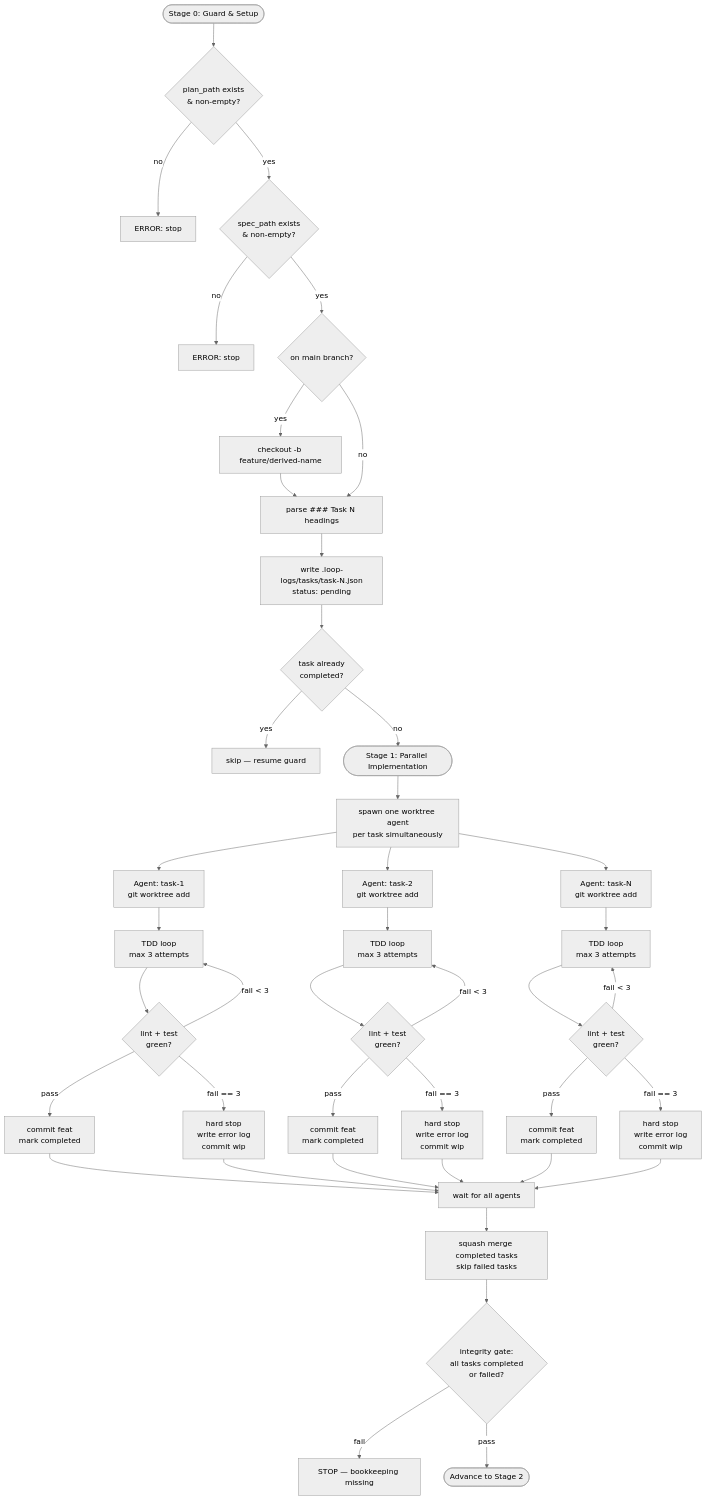
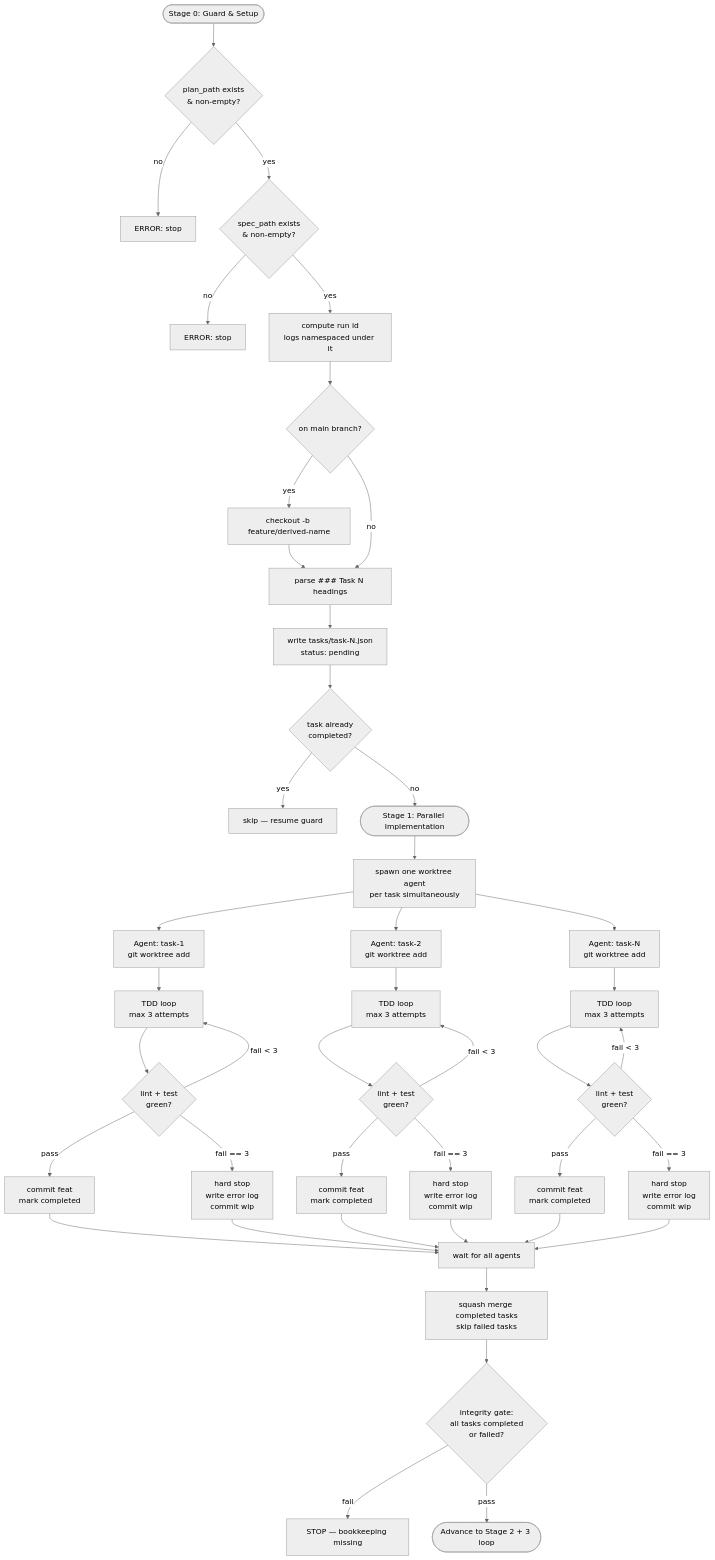
The second of 7 diagrams in docs/architecture/001-agent-workflow.md (SG-Agent-Studio/autonomous-development-loop), drawn with Mermaid (neutral theme) before and after one commit. The commit also changed other lines of this file and 2 other files, not shown here.

First line of the commit message:
docs(architecture): sync with stage 2/3 refactor (#11)

````diff
--- a/docs/architecture/001-agent-workflow.md
+++ b/docs/architecture/001-agent-workflow.md
@@ -18,49 +31,50 @@
 ```mermaid
 flowchart TD
     S0([Stage 0: Guard & Setup]) --> V1{plan_path exists\n& non-empty?}
     V1 -->|no| E1[ERROR: stop]
     V1 -->|yes| V2{spec_path exists\n& non-empty?}
     V2 -->|no| E2[ERROR: stop]
-    V2 -->|yes| BG{on main branch?}
+    V2 -->|yes| RID[compute run id\nlogs namespaced under it]
+    RID --> BG{on main branch?}
     BG -->|yes| CB[checkout -b feature/derived-name]
     BG -->|no| PT[parse ### Task N headings]
     CB --> PT
-    PT --> IT[write .loop-logs/tasks/task-N.json\nstatus: pending]
+    PT --> IT[write tasks/task-N.json\nstatus: pending]
     IT --> IG{task already\ncompleted?}
     IG -->|yes| SKIP[skip — resume guard]
     IG -->|no| S1
 
     S1([Stage 1: Parallel Implementation]) --> SPAWN[spawn one worktree agent\nper task simultaneously]
 
     SPAWN --> WA[Agent: task-1\ngit worktree add]
     SPAWN --> WB[Agent: task-2\ngit worktree add]
     SPAWN --> WC[Agent: task-N\ngit worktree add]
 
     WA --> TDD_A[TDD loop\nmax 3 attempts]
     WB --> TDD_B[TDD loop\nmax 3 attempts]
     WC --> TDD_C[TDD loop\nmax 3 attempts]
 
     TDD_A --> R1{lint + test\ngreen?}
     R1 -->|pass| OK1[commit feat\nmark completed]
     R1 -->|fail < 3| TDD_A
     R1 -->|fail == 3| HS1[hard stop\nwrite error log\ncommit wip]
 
     TDD_B --> R2{lint + test\ngreen?}
     R2 -->|pass| OK2[commit feat\nmark completed]
     R2 -->|fail < 3| TDD_B
     R2 -->|fail == 3| HS2[hard stop\nwrite error log\ncommit wip]
 
     TDD_C --> R3{lint + test\ngreen?}
     R3 -->|pass| OK3[commit feat\nmark completed]
     R3 -->|fail < 3| TDD_C
     R3 -->|fail == 3| HS3[hard stop\nwrite error log\ncommit wip]
 
     OK1 & OK2 & OK3 & HS1 & HS2 & HS3 --> WAIT[wait for all agents]
 
     WAIT --> SM[squash merge completed tasks\nskip failed tasks]
     SM --> IG2{integrity gate:\nall tasks completed\nor failed?}
     IG2 -->|fail| STOP2[STOP — bookkeeping missing]
     IG2 -->|pass| S2
 
-    S2([Advance to Stage 2])
+    S2([Advance to Stage 2 + 3 loop])
 ```
````
